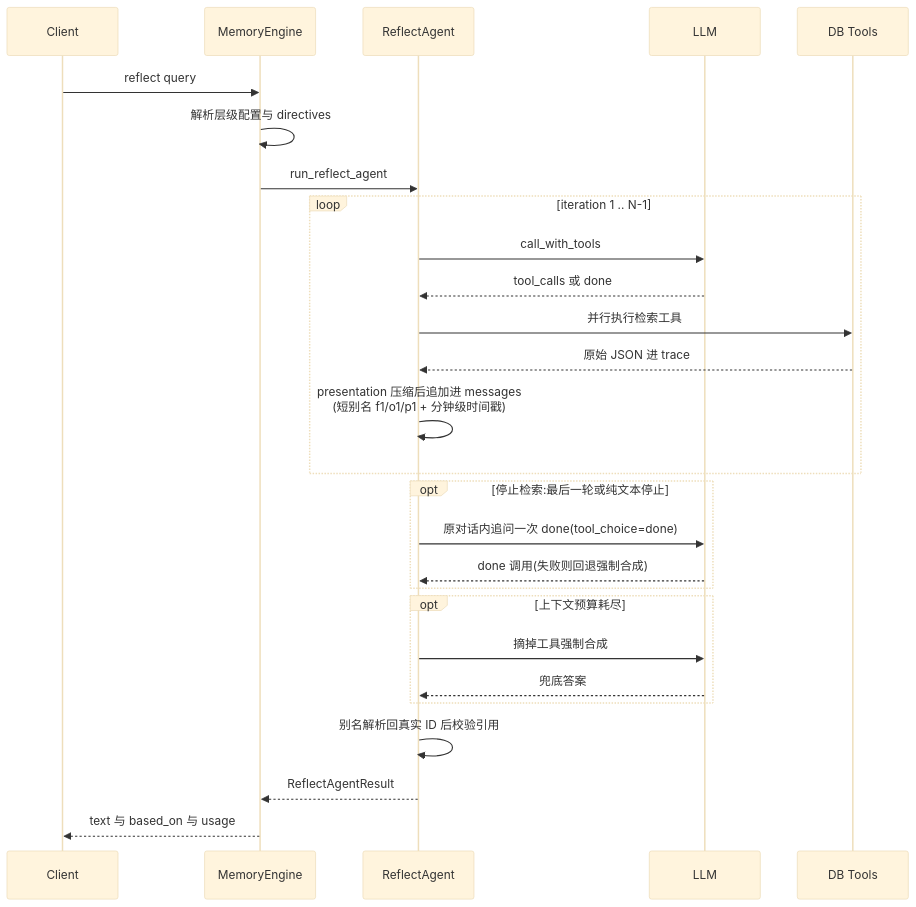
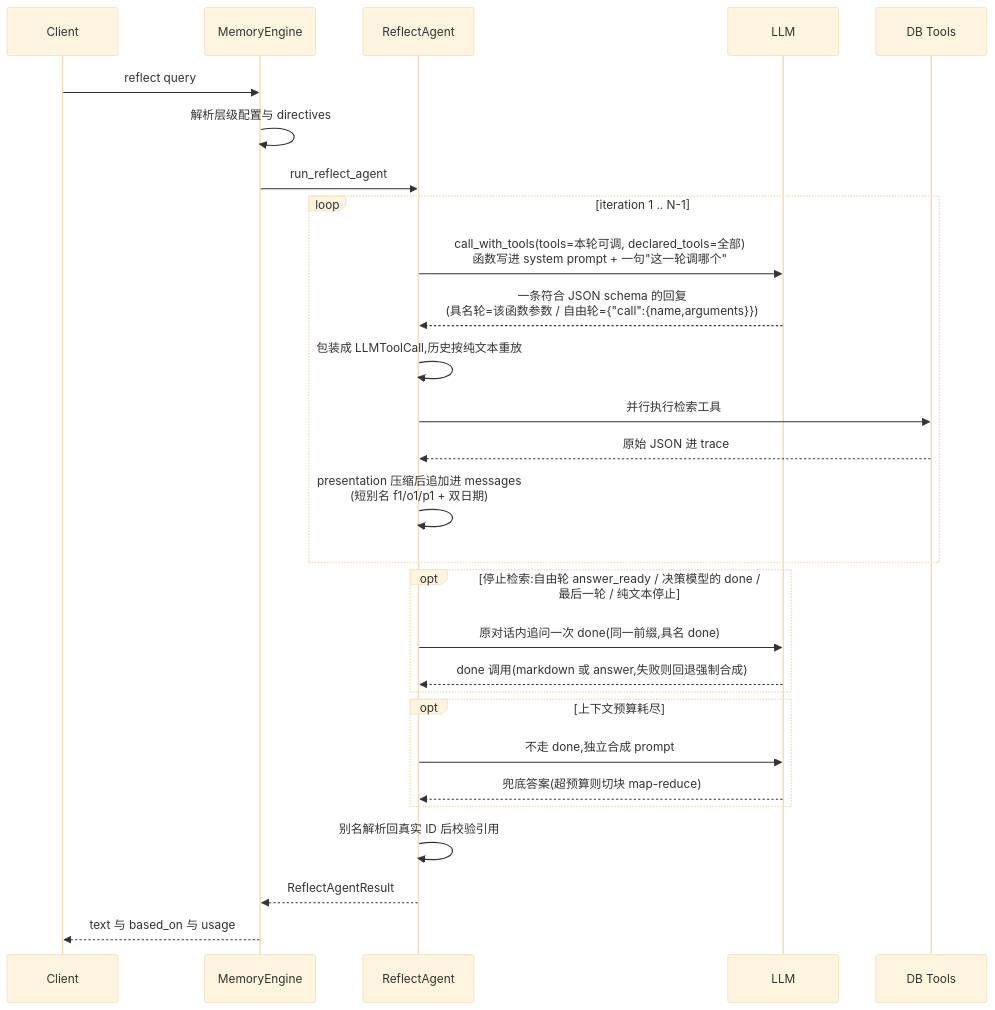
Before and after one commit to stefanv5/memory-platform-architecture: the first of 3 diagrams in docs/hindsight/source-study/04-reflect-与-consolidation.md, drawn with Mermaid (base theme). The commit also changed other lines of this file and 10 other files, not shown here.

````diff
--- a/docs/hindsight/source-study/04-reflect-与-consolidation.md
+++ b/docs/hindsight/source-study/04-reflect-与-consolidation.md
@@ -95,30 +139,31 @@
 ```mermaid
 sequenceDiagram
     participant C as Client
     participant E as MemoryEngine
     participant A as ReflectAgent
     participant L as LLM
     participant T as DB Tools
 
     C->>E: reflect query
     E->>E: 解析层级配置与 directives
     E->>A: run_reflect_agent
     loop iteration 1 .. N-1
-        A->>L: call_with_tools
-        L-->>A: tool_calls 或 done
+        A->>L: call_with_tools(tools=本轮可调, declared_tools=全部)<br/>函数写进 system prompt + 一句"这一轮调哪个"
+        L-->>A: 一条符合 JSON schema 的回复<br/>(具名轮=该函数参数 / 自由轮={"call":{name,arguments}})
+        A->>A: 包装成 LLMToolCall,历史按纯文本重放
         A->>T: 并行执行检索工具
         T-->>A: 原始 JSON 进 trace
-        A->>A: presentation 压缩后追加进 messages<br/>(短别名 f1/o1/p1 + 分钟级时间戳)
+        A->>A: presentation 压缩后追加进 messages<br/>(短别名 f1/o1/p1 + 双日期)
     end
-    opt 停止检索:最后一轮或纯文本停止
-        A->>L: 原对话内追问一次 done(tool_choice=done)
-        L-->>A: done 调用(失败则回退强制合成)
+    opt 停止检索:自由轮 answer_ready / 决策模型的 done / 最后一轮 / 纯文本停止
+        A->>L: 原对话内追问一次 done(同一前缀,具名 done)
+        L-->>A: done 调用(markdown 或 answer,失败则回退强制合成)
     end
     opt 上下文预算耗尽
-        A->>L: 摘掉工具强制合成
-        L-->>A: 兜底答案
+        A->>L: 不走 done,独立合成 prompt
+        L-->>A: 兜底答案(超预算则切块 map-reduce)
     end
     A->>A: 别名解析回真实 ID 后校验引用
     A-->>E: ReflectAgentResult
     E-->>C: text 与 based_on 与 usage
 ```
````
